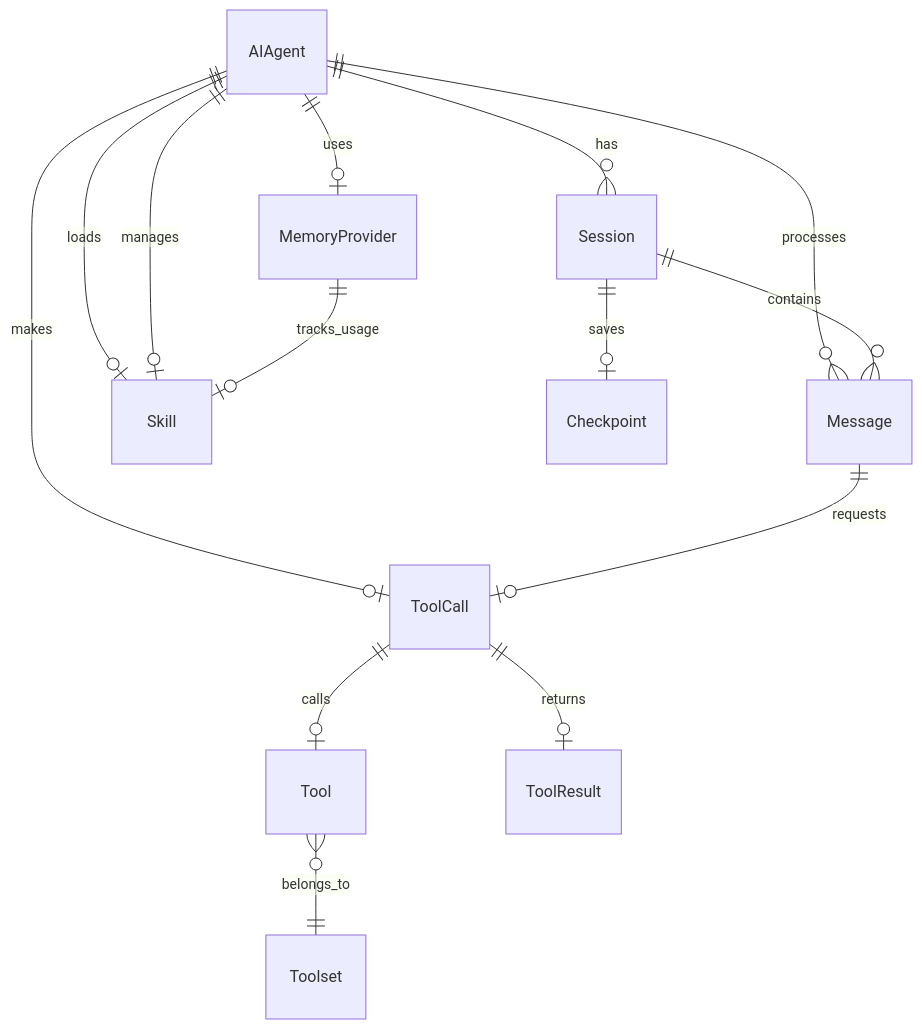
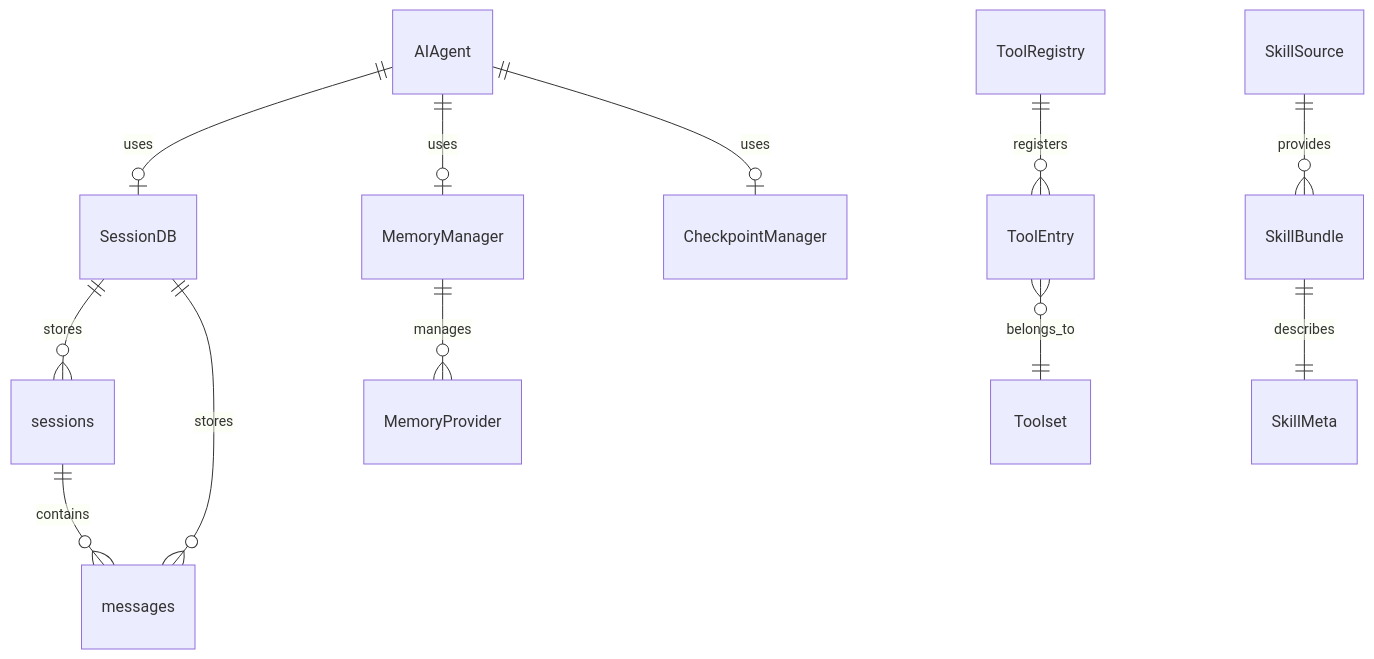
The first of 3 diagrams in docs/architecture-analysis/03-核心对象模型分析.md (SpaceX-mit/hermes-agent-handbook), drawn with Mermaid before and after one commit. The commit also changed other lines of this file and 15 other files, not shown here.

First line of the commit message:
fix(analysis): ground architecture docs in real source code

````diff
--- a/docs/architecture-analysis/03-核心对象模型分析.md
+++ b/docs/architecture-analysis/03-核心对象模型分析.md
@@ -21,22 +23,18 @@
 ```mermaid
 erDiagram
-    AIAgent ||--o{ Session : has
-    AIAgent ||--o{ Message : processes
-    AIAgent ||--o| ToolCall : makes
-    AIAgent ||--o| MemoryProvider : uses
-    AIAgent ||--o| Skill : loads
-    
-    Session ||--o{ Message : contains
-    Session ||--o| Checkpoint : saves
-    
-    ToolCall ||--o| Tool : calls
-    ToolCall ||--o| ToolResult : returns
-    
-    AIAgent ||--o| Skill : manages
-    
-    Message ||--o| ToolCall : requests
-    
-    Tool }o--|| Toolset : belongs_to
-    
-    MemoryProvider ||--o| Skill : tracks_usage
+    AIAgent ||--o| SessionDB : uses
+    AIAgent ||--o| MemoryManager : uses
+    AIAgent ||--o| CheckpointManager : uses
+
+    SessionDB ||--o{ sessions : stores
+    SessionDB ||--o{ messages : stores
+    sessions ||--o{ messages : contains
+
+    MemoryManager ||--o{ MemoryProvider : manages
+
+    ToolRegistry ||--o{ ToolEntry : registers
+    ToolEntry }o--|| Toolset : belongs_to
+
+    SkillSource ||--o{ SkillBundle : provides
+    SkillBundle ||--|| SkillMeta : describes
 ```
````
